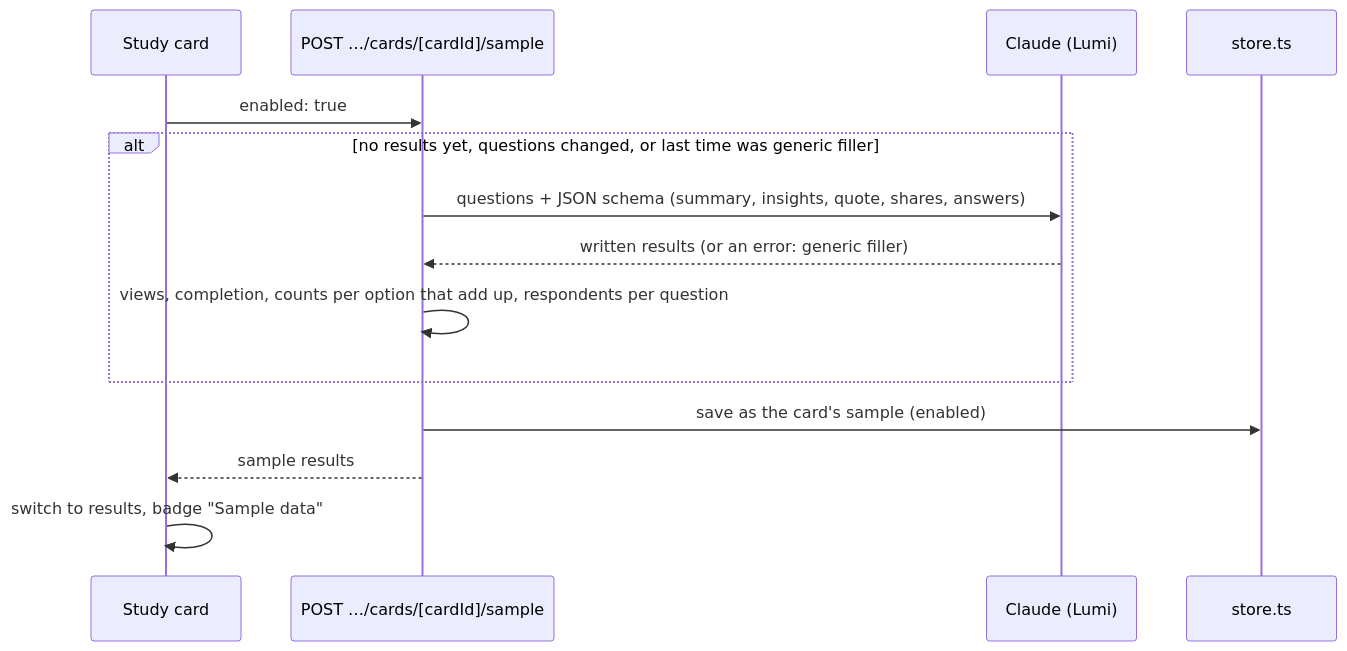
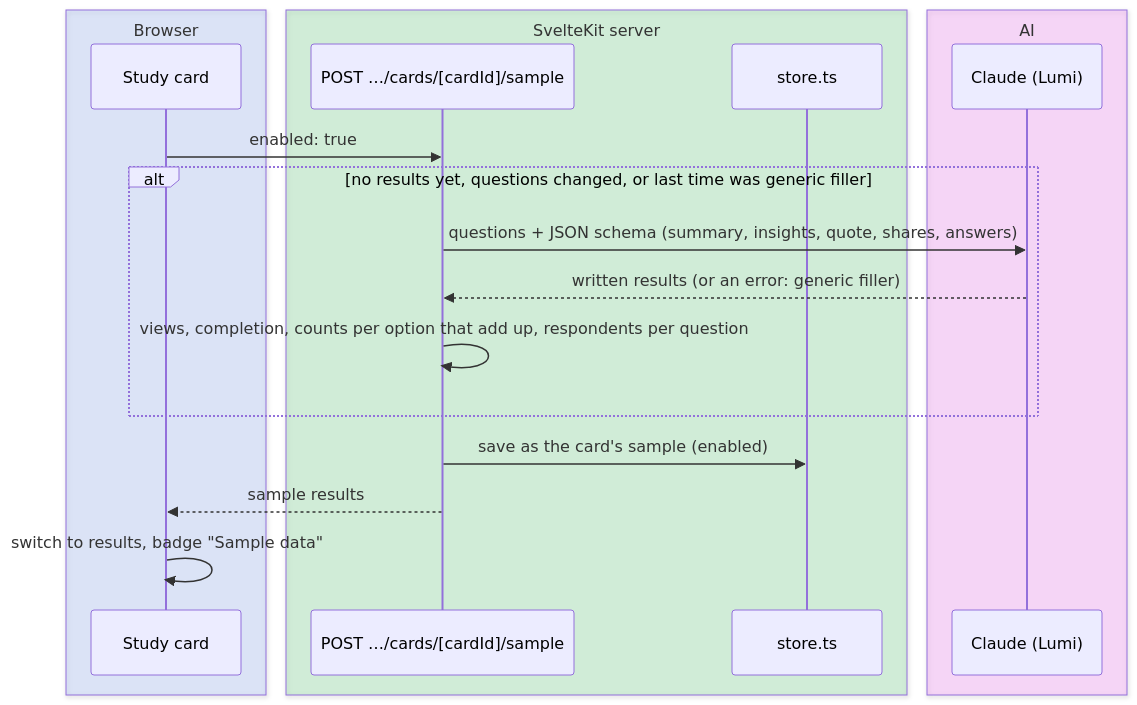
The fifth of 6 diagrams in docs/architecture.md (iamvaskiv/iris), drawn with Mermaid before and after one commit. The commit also changed other lines of this file and 2 other files, not shown here.

First line of the commit message:
Diagrams: classic Mermaid look, colour-coded by role

````diff
--- a/docs/architecture.md
+++ b/docs/architecture.md
@@ -121,16 +169,26 @@
 ```mermaid
+---
+config:
+  look: classic
+---
 sequenceDiagram
-    participant SC as Study card
-    participant API as POST …/cards/[cardId]/sample
-    participant Cl as Claude (Lumi)
-    participant S as store.ts
+    box rgba(76,125,255,0.15) Browser
+        participant SC as Study card
+    end
+    box rgba(0,189,50,0.15) SvelteKit server
+        participant API as POST …/cards/[cardId]/sample
+        participant S as store.ts
+    end
+    box rgba(244,36,255,0.15) AI
+        participant Cl as Claude (Lumi)
+    end
     SC->>API: enabled: true
     alt no results yet, questions changed, or last time was generic filler
         API->>Cl: questions + JSON schema (summary, insights, quote, shares, answers)
         Cl-->>API: written results (or an error: generic filler)
         API->>API: views, completion, counts per option that add up, respondents per question
     end
     API->>S: save as the card's sample (enabled)
     API-->>SC: sample results
     SC->>SC: switch to results, badge "Sample data"
 ```
````
